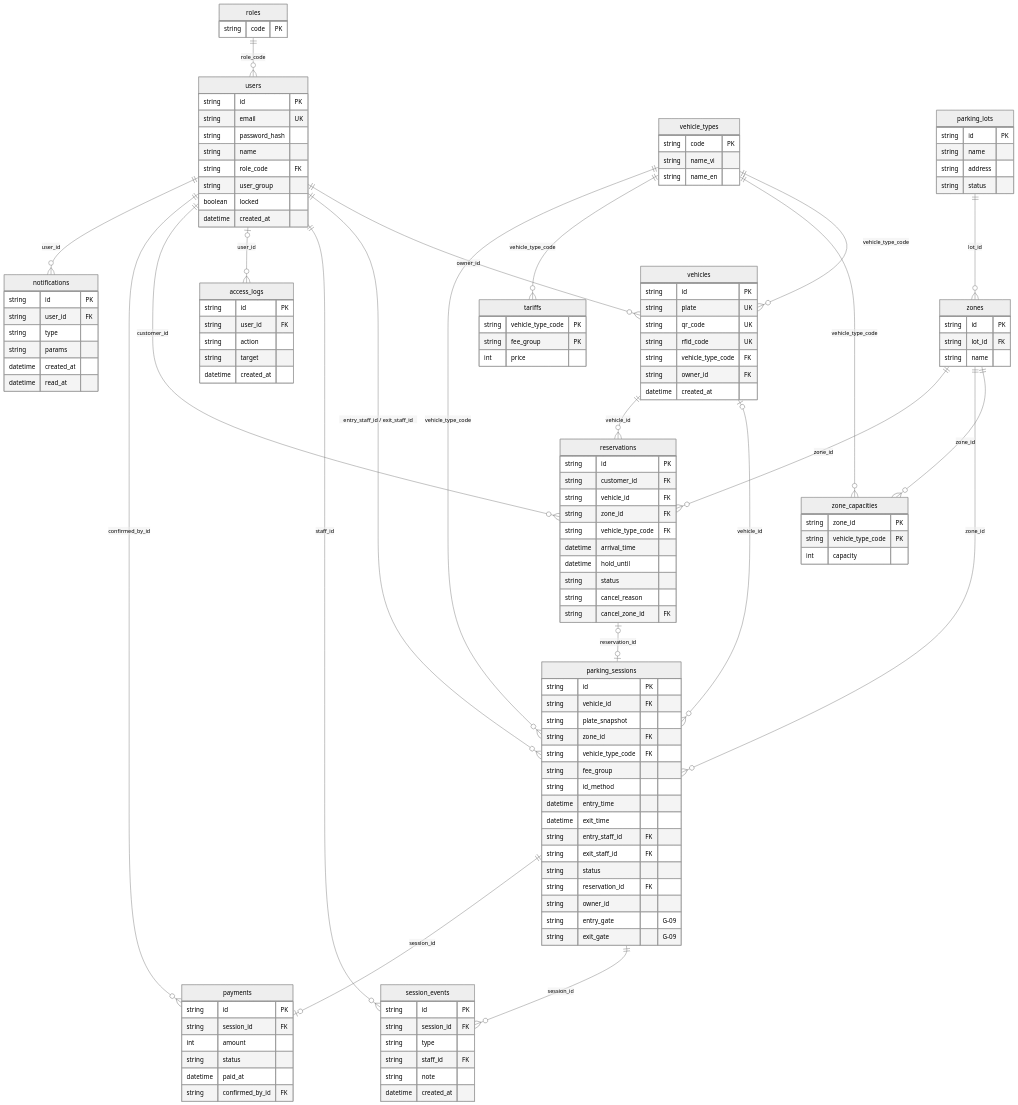
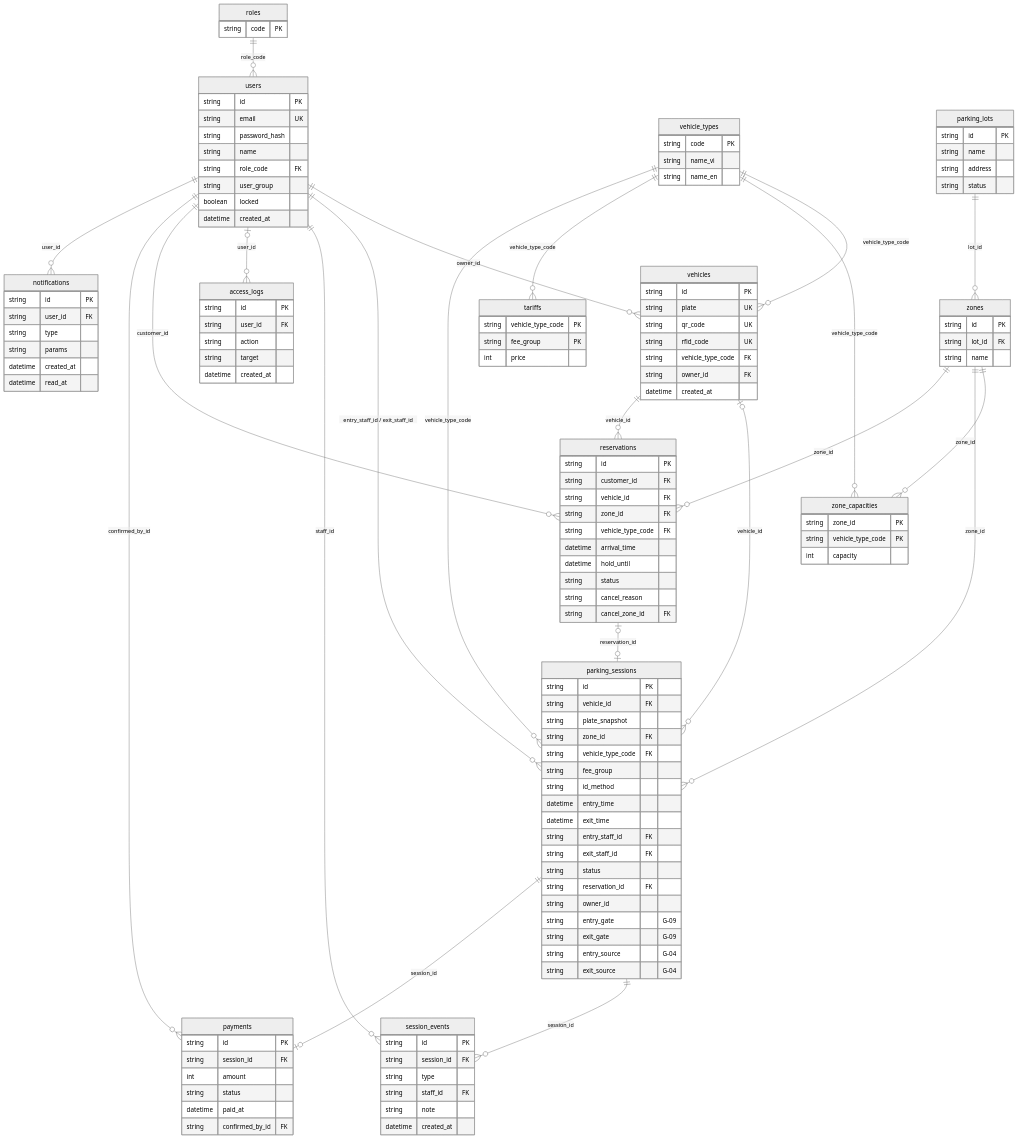
The diagram in docs/m2-report/diagrams/07-erd-v0.4.mmd (nvdson2005/Parking-Management-System), drawn with Mermaid (neutral theme) before and after one commit. The commit also changed 2 other files, not shown here.

```diff
--- a/docs/m2-report/diagrams/07-erd-v0.4.mmd
+++ b/docs/m2-report/diagrams/07-erd-v0.4.mmd
@@ -1,132 +1,134 @@
 erDiagram
     roles ||--o{ users : "role_code"
     users ||--o{ vehicles : "owner_id"
     vehicle_types ||--o{ vehicles : "vehicle_type_code"
     parking_lots ||--o{ zones : "lot_id"
     zones ||--o{ zone_capacities : "zone_id"
     vehicle_types ||--o{ zone_capacities : "vehicle_type_code"
     vehicle_types ||--o{ tariffs : "vehicle_type_code"
     vehicles |o--o{ parking_sessions : "vehicle_id"
     zones ||--o{ parking_sessions : "zone_id"
     vehicle_types ||--o{ parking_sessions : "vehicle_type_code"
     users ||--o{ parking_sessions : "entry_staff_id / exit_staff_id"
     parking_sessions ||--o{ session_events : "session_id"
     users ||--o{ session_events : "staff_id"
     users |o--o{ access_logs : "user_id"
     users ||--o{ reservations : "customer_id"
     vehicles ||--o{ reservations : "vehicle_id"
     zones ||--o{ reservations : "zone_id"
     reservations |o--o| parking_sessions : "reservation_id"
     parking_sessions ||--o| payments : "session_id"
     users ||--o{ payments : "confirmed_by_id"
     users ||--o{ notifications : "user_id"
 
     roles {
         string code PK
     }
     users {
         string id PK
         string email UK
         string password_hash
         string name
         string role_code FK
         string user_group
         boolean locked
         datetime created_at
     }
     vehicle_types {
         string code PK
         string name_vi
         string name_en
     }
     parking_lots {
         string id PK
         string name
         string address
         string status
     }
     zones {
         string id PK
         string lot_id FK
         string name
     }
     zone_capacities {
         string zone_id PK
         string vehicle_type_code PK
         int capacity
     }
     tariffs {
         string vehicle_type_code PK
         string fee_group PK
         int price
     }
     vehicles {
         string id PK
         string plate UK
         string qr_code UK
         string rfid_code UK
         string vehicle_type_code FK
         string owner_id FK
         datetime created_at
     }
     parking_sessions {
         string id PK
         string vehicle_id FK
         string plate_snapshot
         string zone_id FK
         string vehicle_type_code FK
         string fee_group
         string id_method
         datetime entry_time
         datetime exit_time
         string entry_staff_id FK
         string exit_staff_id FK
         string status
         string reservation_id FK
         string owner_id
         string entry_gate "G-09"
         string exit_gate "G-09"
+        string entry_source "G-04"
+        string exit_source "G-04"
     }
     session_events {
         string id PK
         string session_id FK
         string type
         string staff_id FK
         string note
         datetime created_at
     }
     access_logs {
         string id PK
         string user_id FK
         string action
         string target
         datetime created_at
     }
     reservations {
         string id PK
         string customer_id FK
         string vehicle_id FK
         string zone_id FK
         string vehicle_type_code FK
         datetime arrival_time
         datetime hold_until
         string status
         string cancel_reason
         string cancel_zone_id FK
     }
     payments {
         string id PK
         string session_id FK
         int amount
         string status
         datetime paid_at
         string confirmed_by_id FK
     }
     notifications {
         string id PK
         string user_id FK
         string type
         string params
         datetime created_at
         datetime read_at
     }
```
